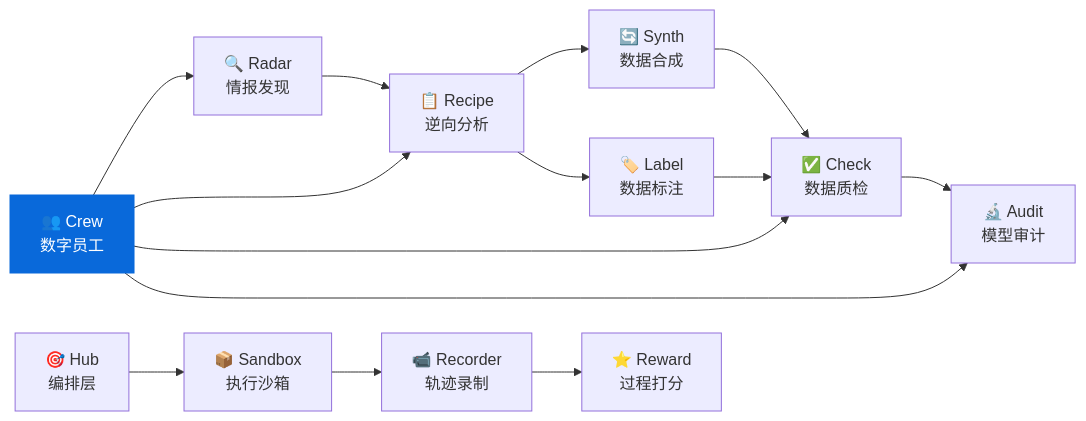
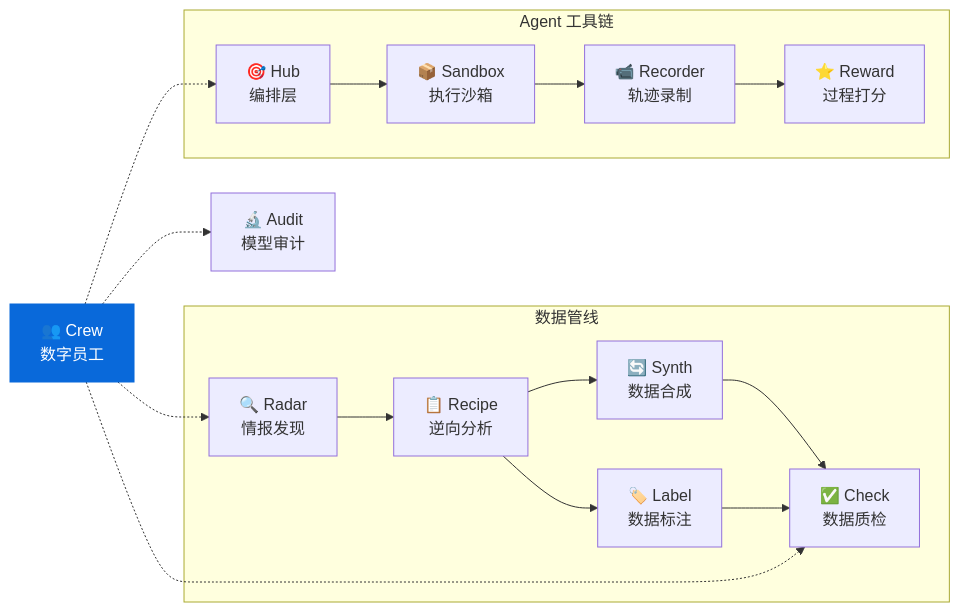
One commit to liuxiaotong/knowlyr-crew changed the diagram in README.md. Above: the diagram before and after it, drawn with Mermaid. The commit also changed other lines of this file, not shown here.

Commit message:
docs: 更新生态表格和 Mermaid 图

````diff
--- a/README.md
+++ b/README.md
@@ -219,17 +219,22 @@
 ```mermaid
 graph LR
-    Radar["🔍 Radar<br/>情报发现"] --> Recipe["📋 Recipe<br/>逆向分析"]
-    Recipe --> Synth["🔄 Synth<br/>数据合成"]
-    Recipe --> Label["🏷️ Label<br/>数据标注"]
-    Synth --> Check["✅ Check<br/>数据质检"]
-    Label --> Check
-    Check --> Audit["🔬 Audit<br/>模型审计"]
-    Crew["👥 Crew<br/>数字员工"] --> Radar
-    Crew --> Recipe
-    Crew --> Check
-    Crew --> Audit
-    Hub["🎯 Hub<br/>编排层"] --> Sandbox["📦 Sandbox<br/>执行沙箱"]
-    Sandbox --> Recorder["📹 Recorder<br/>轨迹录制"]
-    Recorder --> Reward["⭐ Reward<br/>过程打分"]
+    subgraph 数据管线
+        Radar["🔍 Radar<br/>情报发现"] --> Recipe["📋 Recipe<br/>逆向分析"]
+        Recipe --> Synth["🔄 Synth<br/>数据合成"]
+        Recipe --> Label["🏷️ Label<br/>数据标注"]
+        Synth --> Check["✅ Check<br/>数据质检"]
+        Label --> Check
+    end
+    Audit["🔬 Audit<br/>模型审计"]
+    subgraph Agent 工具链
+        Hub["🎯 Hub<br/>编排层"] --> Sandbox["📦 Sandbox<br/>执行沙箱"]
+        Sandbox --> Recorder["📹 Recorder<br/>轨迹录制"]
+        Recorder --> Reward["⭐ Reward<br/>过程打分"]
+    end
+    Crew["👥 Crew<br/>数字员工"]
+    Crew -.-> Radar
+    Crew -.-> Check
+    Crew -.-> Audit
+    Crew -.-> Hub
     style Crew fill:#0969da,color:#fff,stroke:#0969da
 ```
````
